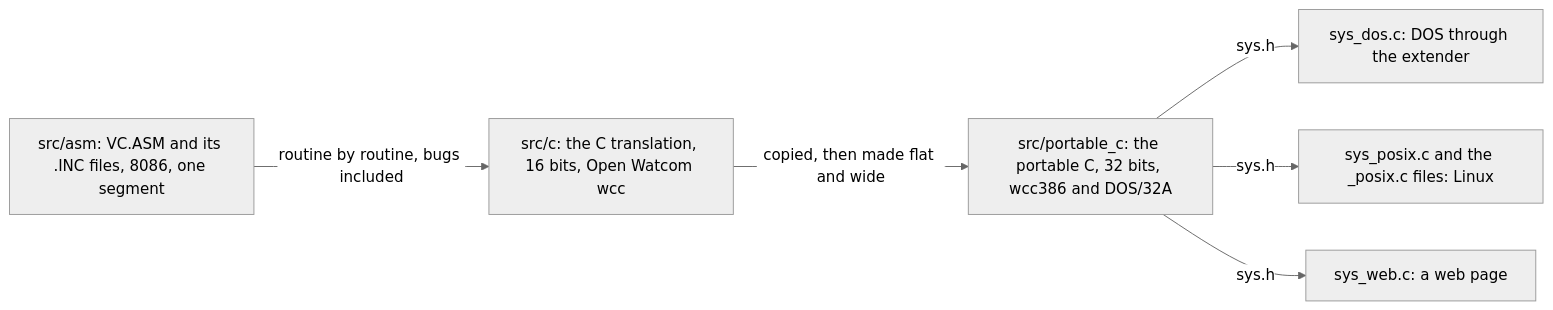
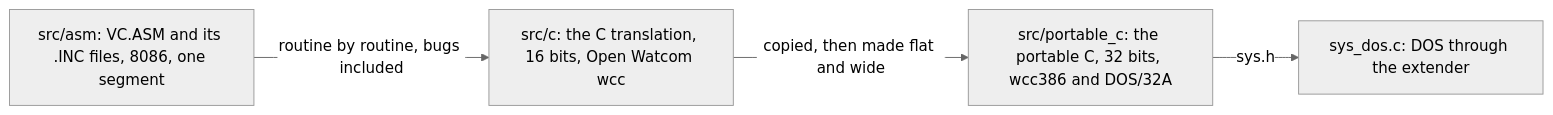
The first of 4 diagrams in docs/design/05-into-c.md (mmotorny/vibe_commander), drawn with Mermaid (neutral theme) before and after one commit. The commit also changed other lines of this file and 15 other files, not shown here.

````diff
--- a/docs/design/05-into-c.md
+++ b/docs/design/05-into-c.md
@@ -7,14 +7,10 @@
 ```mermaid
 graph LR
     A["src/asm: VC.ASM and its .INC files, 8086, one segment"]
     B["src/c: the C translation, 16 bits, Open Watcom wcc"]
     P["src/portable_c: the portable C, 32 bits, wcc386 and DOS/32A"]
     D["sys_dos.c: DOS through the extender"]
-    L["sys_posix.c and the _posix.c files: Linux"]
-    W["sys_web.c: a web page"]
     A -- "routine by routine, bugs included" --> B
     B -- "copied, then made flat and wide" --> P
     P -- "sys.h" --> D
-    P -- "sys.h" --> L
-    P -- "sys.h" --> W
 ```
````
